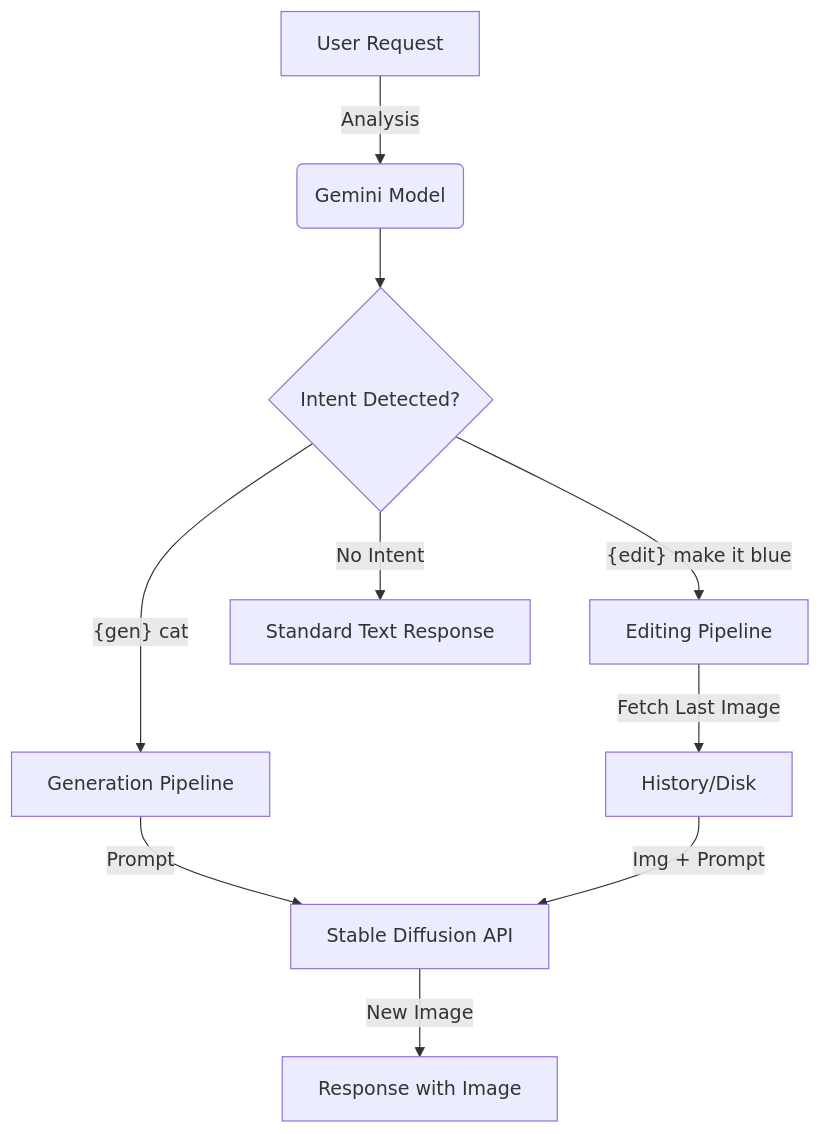
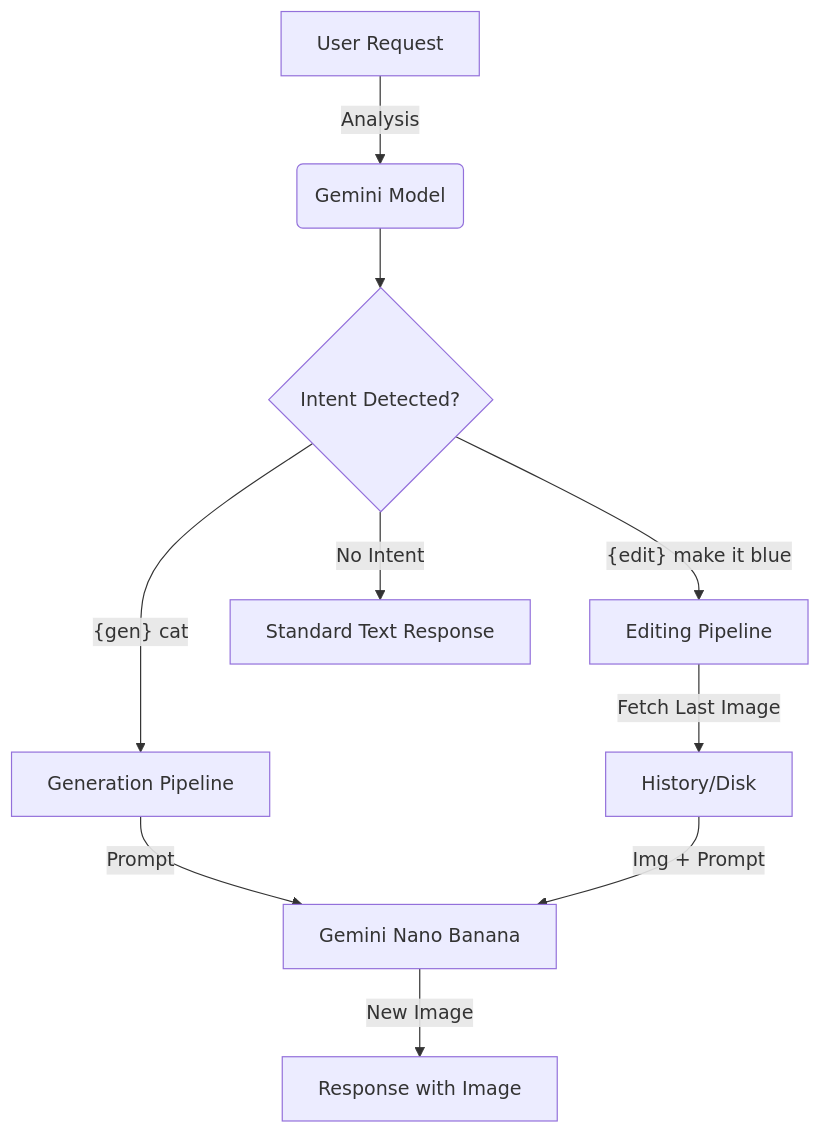
The second of 2 diagrams in README.md (tanutb/AnanBot), drawn with Mermaid before and after one commit. The commit also changed other lines of this file and 2 other files, not shown here.

````diff
--- a/README.md
+++ b/README.md
@@ -51,15 +53,15 @@
 ```mermaid
 graph TD
     A[User Request] -->|Analysis| B(Gemini Model)
     B --> C{Intent Detected?}
     
     C -- "{gen} cat" --> D[Generation Pipeline]
-    D -->|Prompt| E[Stable Diffusion API]
+    D -->|Prompt| E[Gemini Nano Banana]
     E -->|New Image| F[Response with Image]
     
     C -- "{edit} make it blue" --> G[Editing Pipeline]
     G -->|Fetch Last Image| H[History/Disk]
     H -->|Img + Prompt| E
     
     C -- No Intent --> I[Standard Text Response]
 ```
````
